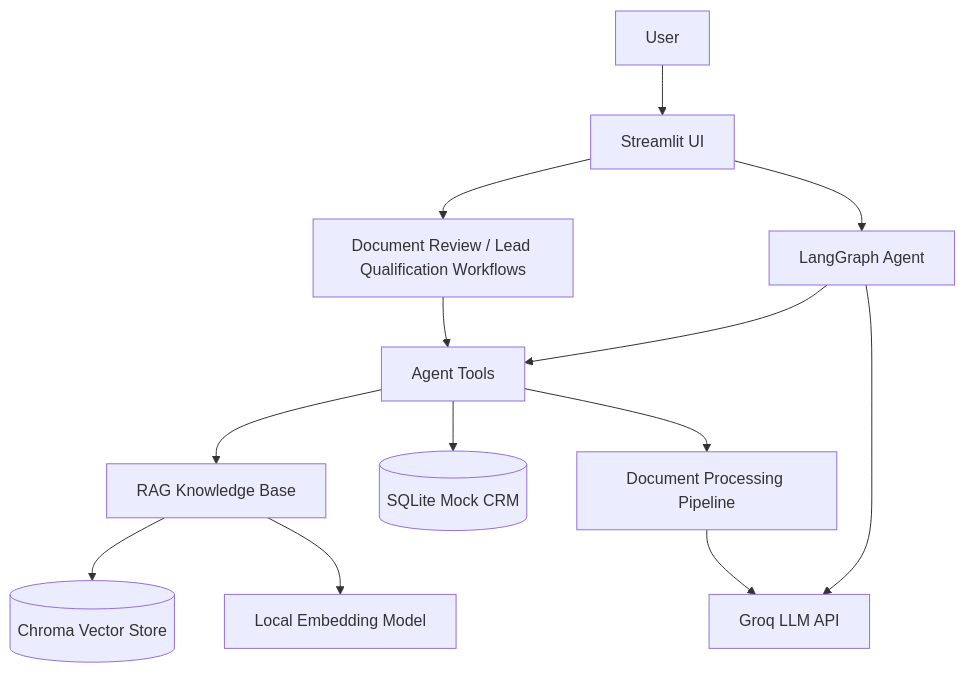
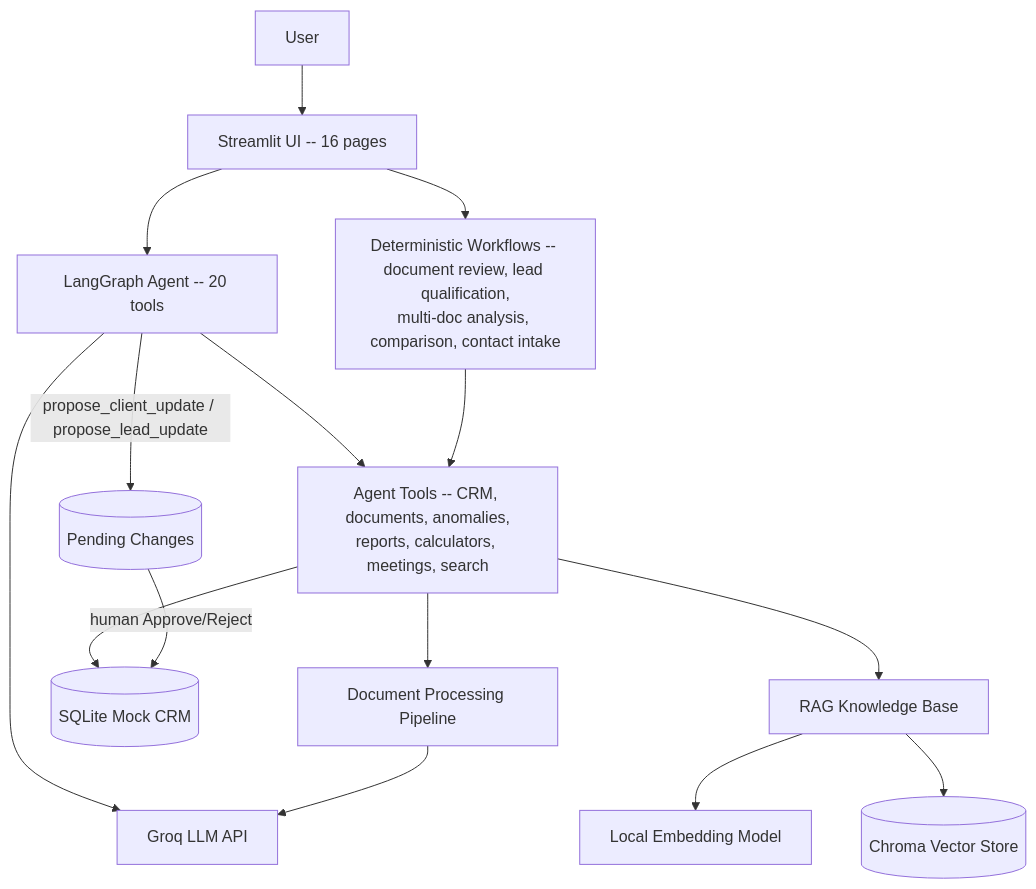
One commit to dua-sattar/finassist-ai changed the diagram in README.md. Above: the diagram before and after it, drawn with Mermaid. The commit also changed other lines of this file and 1 other file, not shown here.

````diff
--- a/README.md
+++ b/README.md
@@ -26,15 +50,17 @@
 ```mermaid
 flowchart TD
-    User[User] --> UI[Streamlit UI]
-    UI --> Agent[LangGraph Agent]
-    UI --> Workflows[Document Review / Lead Qualification Workflows]
-    Agent --> Tools[Agent Tools]
+    User[User] --> UI[Streamlit UI -- 16 pages]
+    UI --> Agent[LangGraph Agent -- 20 tools]
+    UI --> Workflows["Deterministic Workflows -- document review, lead qualification,<br/>multi-doc analysis, comparison, contact intake"]
+    Agent --> Tools["Agent Tools -- CRM, documents, anomalies,<br/>reports, calculators, meetings, search"]
     Workflows --> Tools
     Tools --> RAG[RAG Knowledge Base]
     Tools --> DB[(SQLite Mock CRM)]
     Tools --> DocPipeline[Document Processing Pipeline]
+    Agent -- propose_client_update / propose_lead_update --> Pending[(Pending Changes)]
+    Pending -- human Approve/Reject --> DB
     RAG --> VectorDB[(Chroma Vector Store)]
     Agent --> Groq[Groq LLM API]
     DocPipeline --> Groq
     RAG --> Local[Local Embedding Model]
 ```
````
